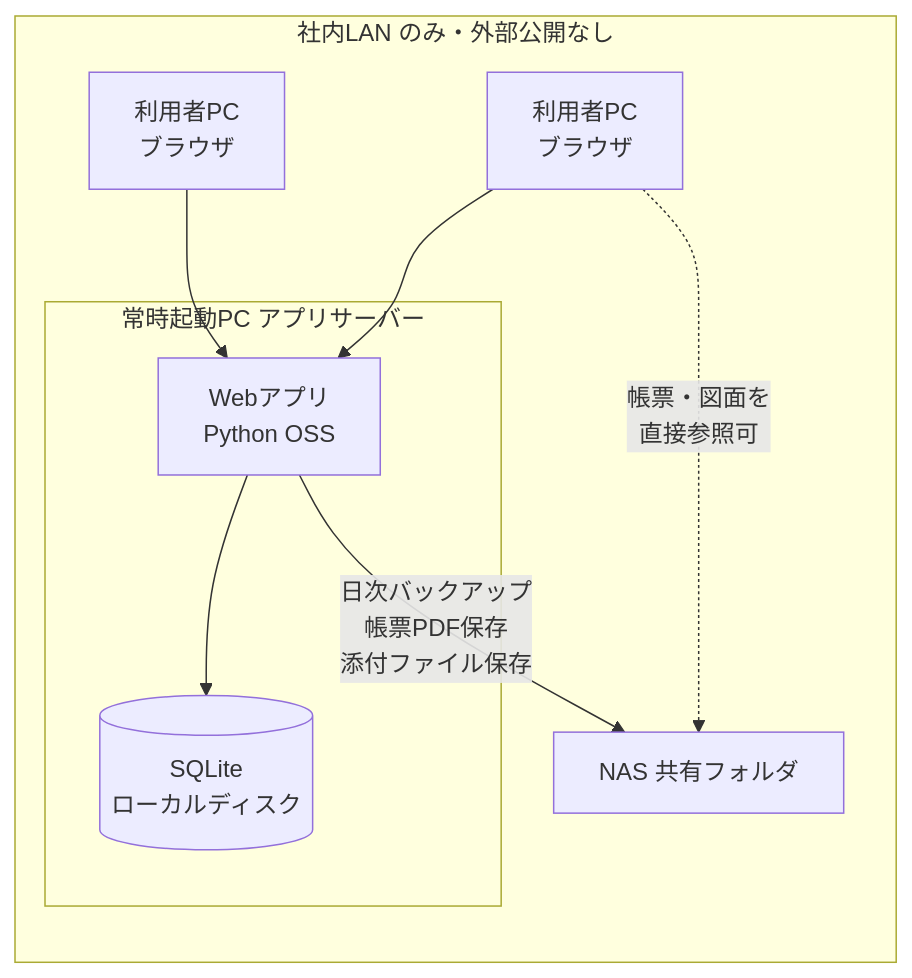
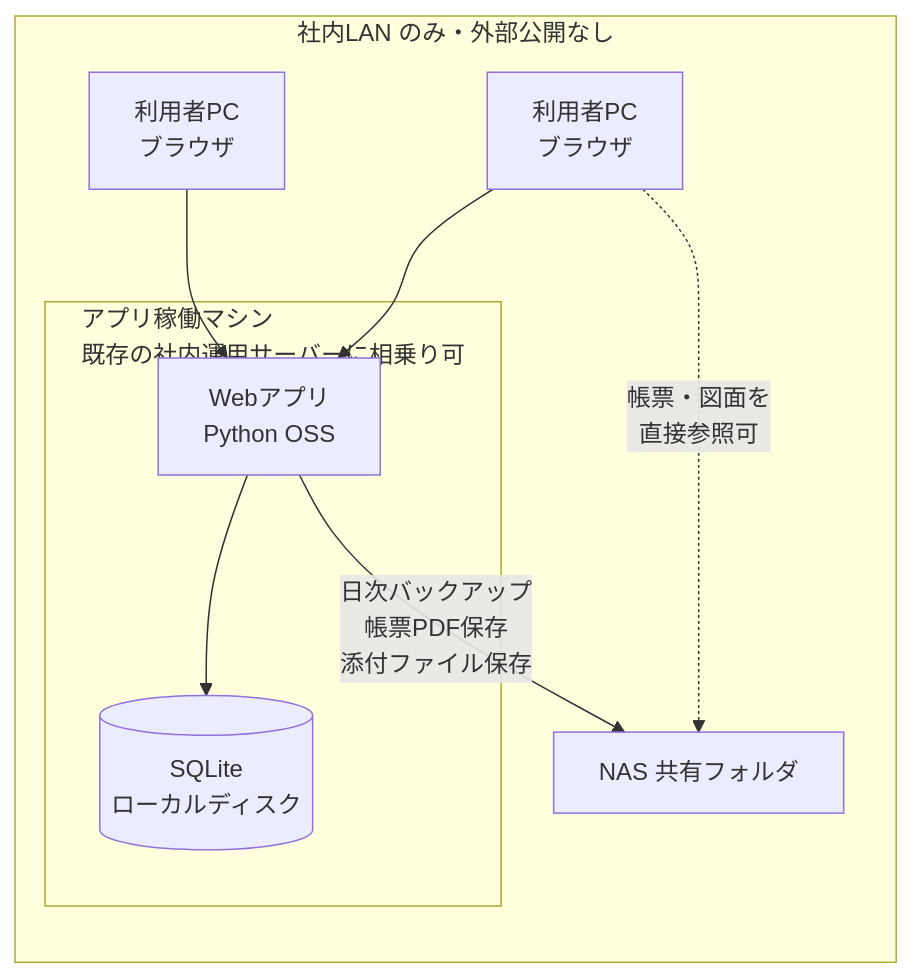
Before and after one commit to yuichi4107-lab/ClaudeCode: the third of 3 diagrams in docs/sales_management/01_要件定義書.md, drawn with Mermaid. The commit also changed other lines of this file and 2 other files, not shown here.

````diff
--- a/docs/sales_management/01_要件定義書.md
+++ b/docs/sales_management/01_要件定義書.md
@@ -216,12 +225,12 @@
 ```mermaid
 flowchart LR
     subgraph LAN[社内LAN のみ・外部公開なし]
         PC1[利用者PC<br>ブラウザ] --> APP
         PC2[利用者PC<br>ブラウザ] --> APP
-        subgraph SRV[常時起動PC アプリサーバー]
+        subgraph SRV[アプリ稼働マシン<br>既存の社内運用サーバーに相乗り可]
             APP[Webアプリ<br>Python OSS] --> DB[(SQLite<br>ローカルディスク)]
         end
         APP -->|日次バックアップ<br>帳票PDF保存<br>添付ファイル保存| NAS[NAS 共有フォルダ]
         PC1 -.->|帳票・図面を<br>直接参照可| NAS
     end
 ```
````
